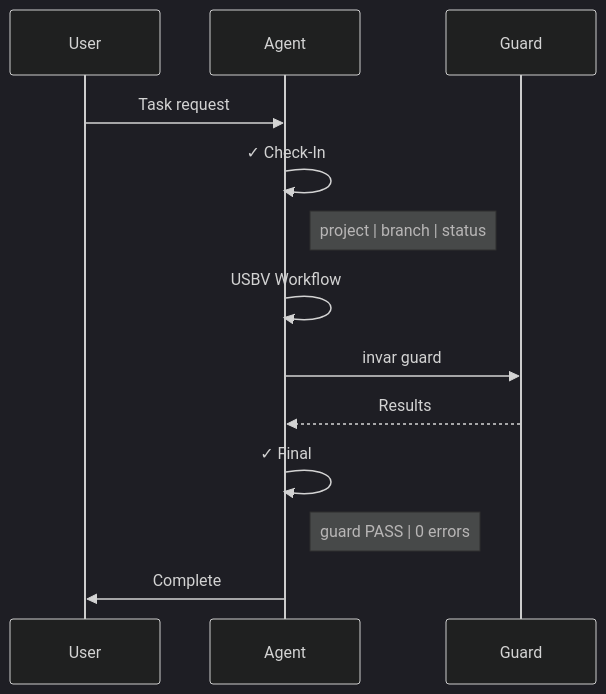
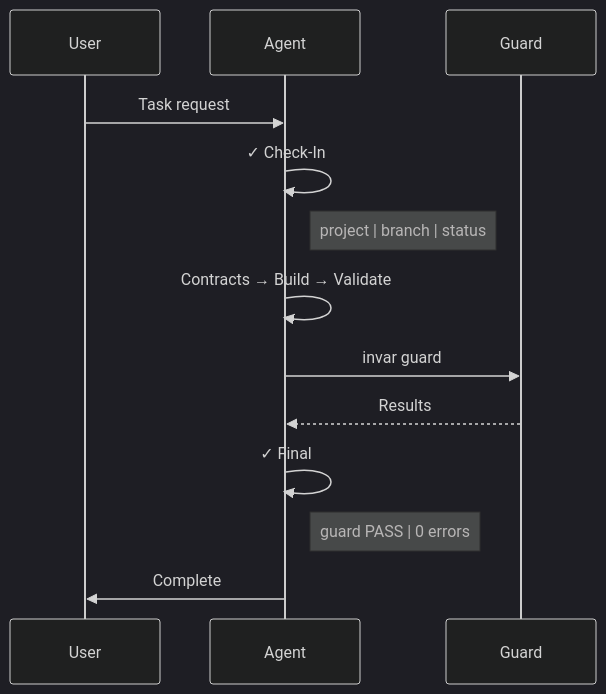
One commit to Tefx/Invar changed the seventh of 8 diagrams in docs/diagrams.md. Above: the diagram before and after it, drawn with Mermaid (dark theme). The commit also changed other lines of this file, not shown here.

Commit message:
[vectl] step-dx91-usbv-cleanup.fix-active-usbv-archive-framing completed

````diff
--- a/docs/diagrams.md
+++ b/docs/diagrams.md
@@ -136,18 +138,18 @@
 ```mermaid
 sequenceDiagram
     participant U as User
     participant A as Agent
     participant G as Guard
 
     U->>A: Task request
     A->>A: ✓ Check-In
     Note right of A: project | branch | status
 
-    A->>A: USBV Workflow
+    A->>A: Contracts → Build → Validate
     A->>G: invar guard
     G-->>A: Results
 
     A->>A: ✓ Final
     Note right of A: guard PASS | 0 errors
     A->>U: Complete
 ```
````
